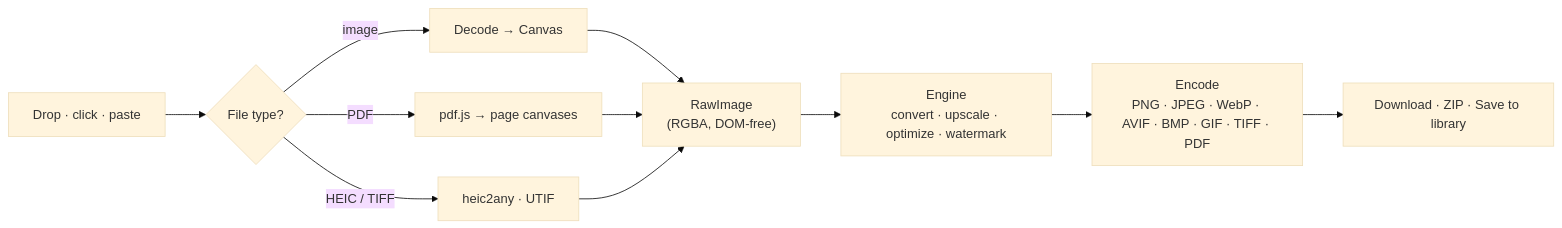
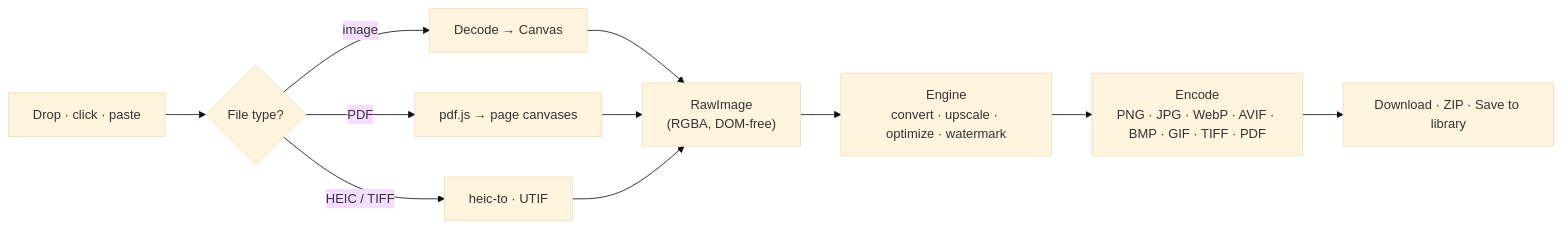
Before and after one commit to Premchand006/ProxiPixel: the second of 4 diagrams in README.md, drawn with Mermaid (base theme). The commit also changed other lines of this file and 47 other files, not shown here.

````diff
--- a/README.md
+++ b/README.md
@@ -111,13 +111,13 @@
 ```mermaid
 flowchart LR
     A["Drop · click · paste"] --> B{File type?}
     B -->|image| C["Decode → Canvas"]
     B -->|PDF| D["pdf.js → page canvases"]
-    B -->|HEIC / TIFF| E["heic2any · UTIF"]
+    B -->|HEIC / TIFF| E["heic-to · UTIF"]
     C --> F
     D --> F
     E --> F["RawImage<br/>(RGBA, DOM-free)"]
     F --> G["Engine<br/>convert · upscale · optimize · watermark"]
-    G --> H["Encode<br/>PNG · JPEG · WebP · AVIF · BMP · GIF · TIFF · PDF"]
+    G --> H["Encode<br/>PNG · JPG · WebP · AVIF · BMP · GIF · TIFF · PDF"]
     H --> I["Download · ZIP · Save to library"]
 ```
````
